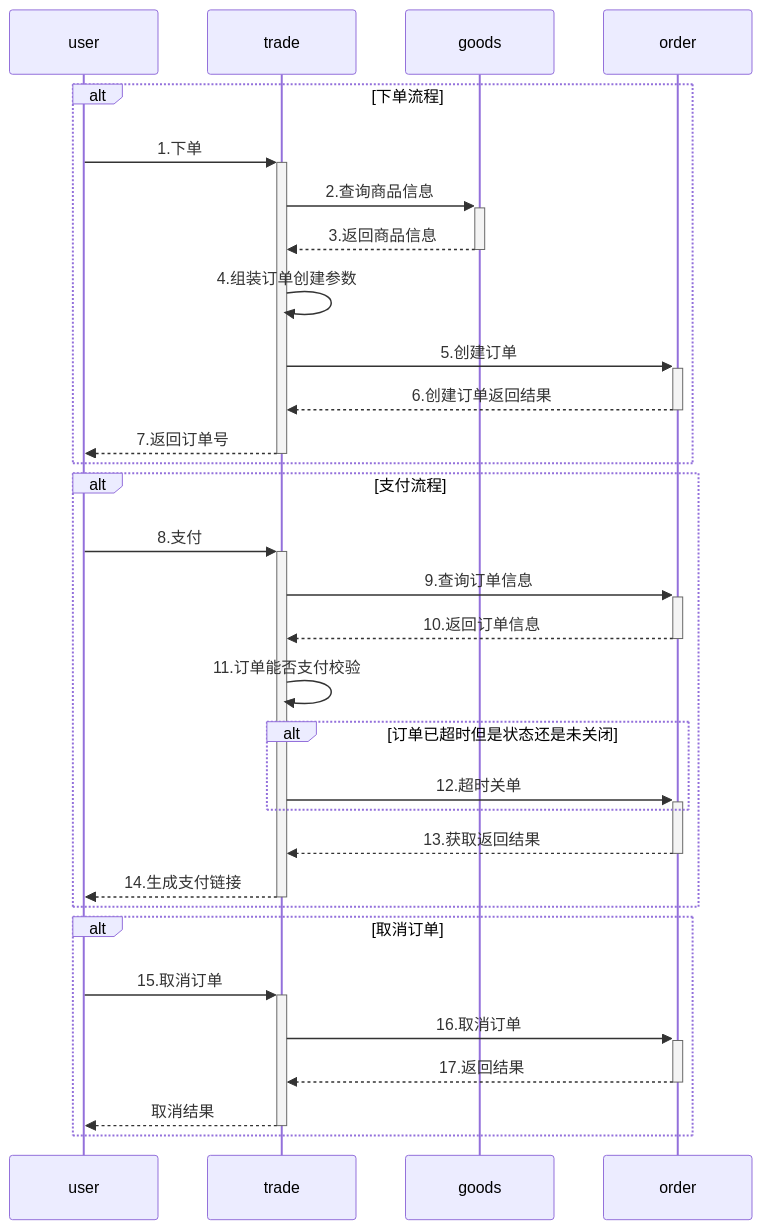
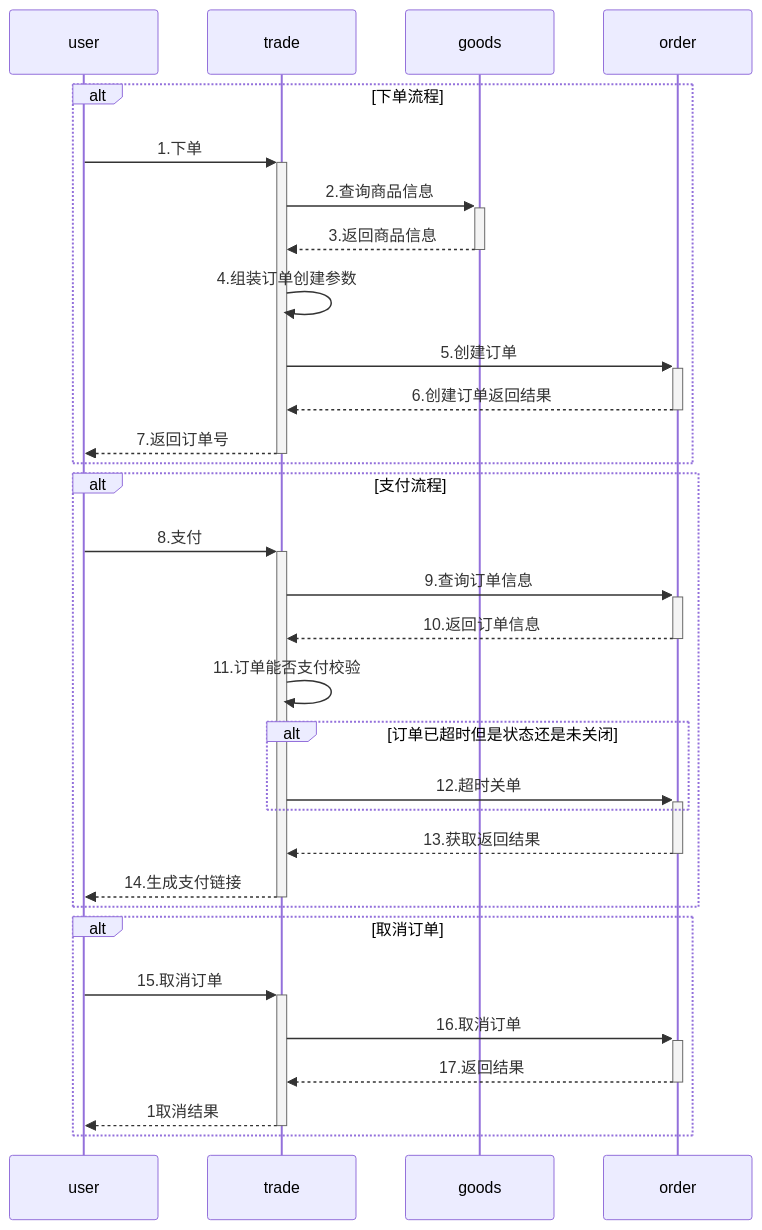
The diagram in all/未命名-6.md (yingjianzh/iodraw-files), drawn with Mermaid before and after one commit.

Commit message:
2024-08-19 15:58:13 update

````diff
--- a/all/未命名-6.md
+++ b/all/未命名-6.md
@@ -1,29 +1,29 @@
 ```mermaid
 sequenceDiagram
     alt 下单流程
     user->>+trade: 1.下单
     trade->>+goods: 2.查询商品信息
     goods-->>-trade: 3.返回商品信息
     trade->>trade: 4.组装订单创建参数
     trade->>+order: 5.创建订单
     order-->>-trade: 6.创建订单返回结果
     trade-->>-user: 7.返回订单号
     end
     alt 支付流程
     user->>+trade: 8.支付
     trade->>+order: 9.查询订单信息
     order-->>-trade: 10.返回订单信息
     trade->>trade: 11.订单能否支付校验
     alt 订单已超时但是状态还是未关闭
     trade->>+order: 12.超时关单
     end
     order-->>-trade: 13.获取返回结果
     trade-->>-user: 14.生成支付链接
     end
     alt 取消订单
     user->>+trade: 15.取消订单
     trade->>+order: 16.取消订单
     order-->>-trade: 17.返回结果
-    trade-->>-user: 取消结果
+    trade-->>-user: 1取消结果
     end
 ```
````
